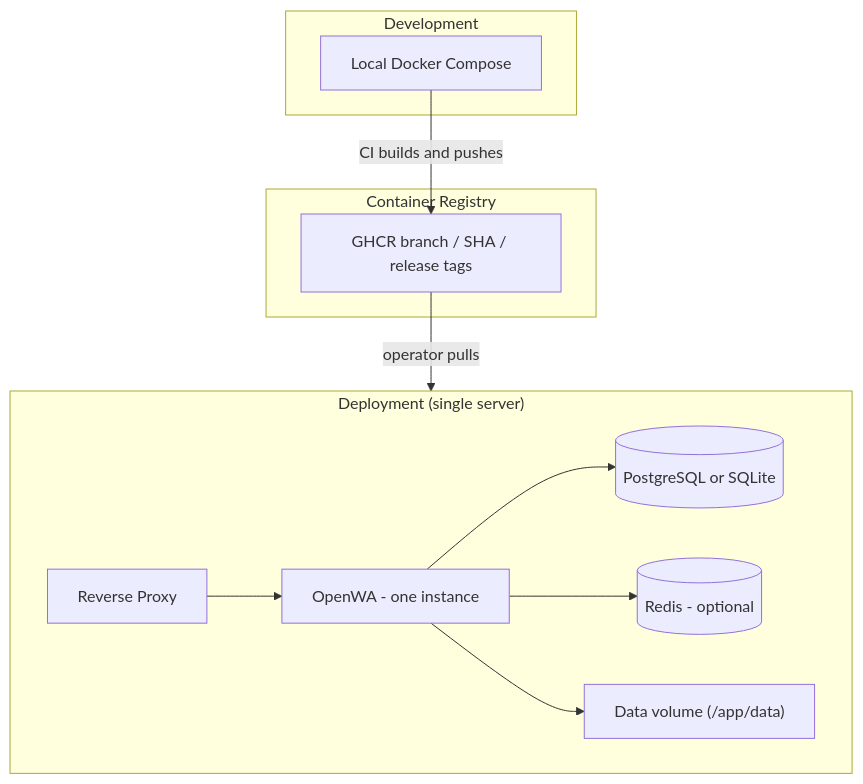
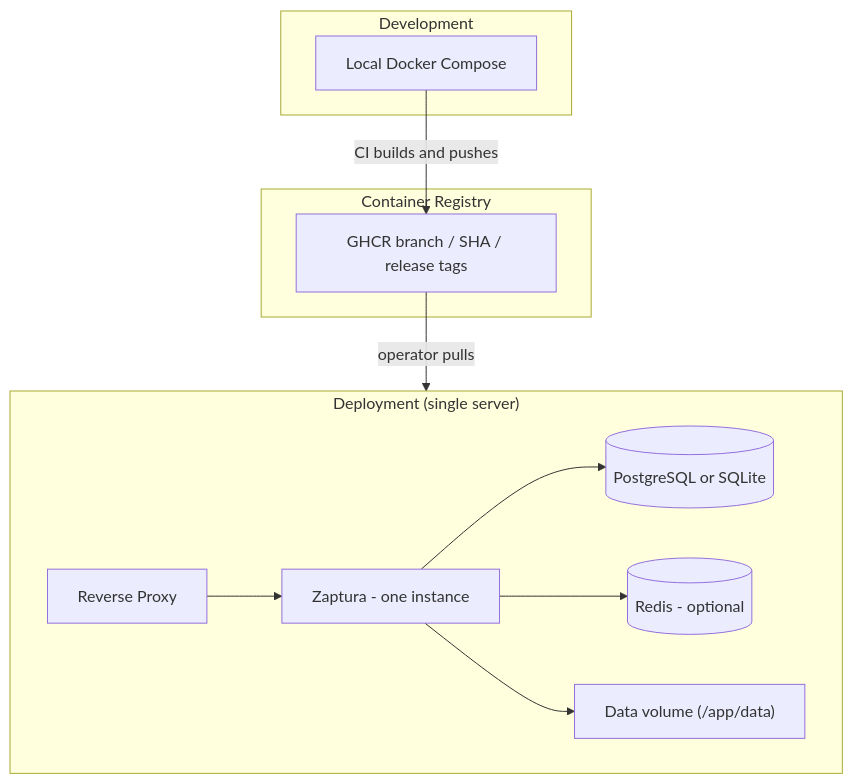
Before and after one commit to AsmSafone/Whatsapp-SaaS: the first of 5 diagrams in docs/10-devops-infrastructure.md, drawn with Mermaid. The commit also changed other lines of this file and 940 other files, not shown here.

````diff
--- a/docs/10-devops-infrastructure.md
+++ b/docs/10-devops-infrastructure.md
@@ -16,21 +16,21 @@
 ```mermaid
 flowchart TB
     subgraph Development["Development"]
         DEV[Local Docker Compose]
     end
 
     subgraph Registry["Container Registry"]
         GHCR["GHCR branch / SHA / release tags"]
     end
 
     subgraph Deployment["Deployment (single server)"]
         PROXY[Reverse Proxy]
-        PROXY --> APP[OpenWA - one instance]
+        PROXY --> APP[Zaptura - one instance]
         APP --> DB[(PostgreSQL or SQLite)]
         APP --> REDIS[(Redis - optional)]
         APP --> VOL["Data volume (/app/data)"]
     end
 
     DEV --> |CI builds and pushes| GHCR
     GHCR --> |operator pulls| Deployment
 ```
````
